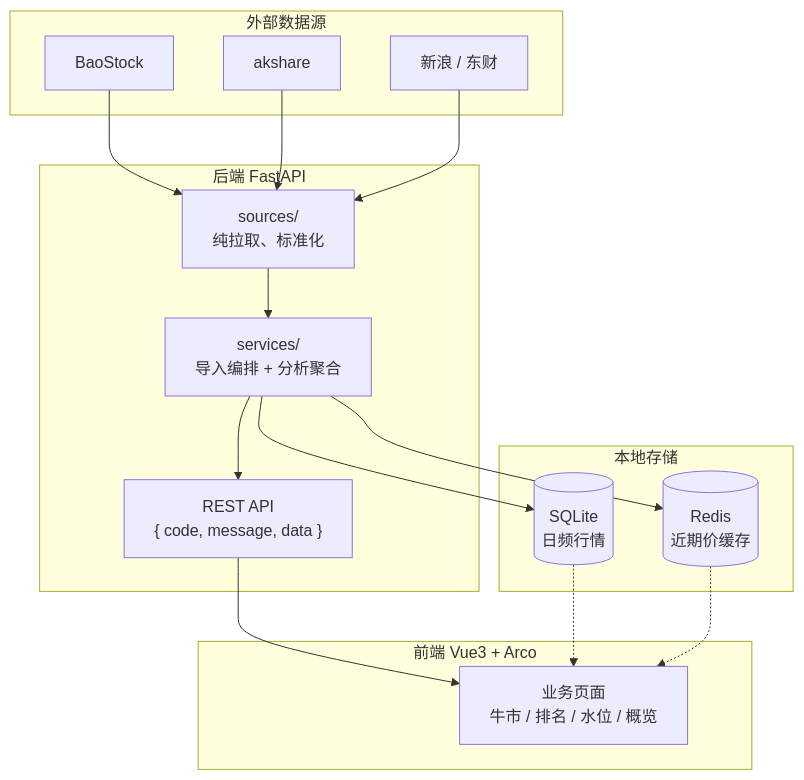
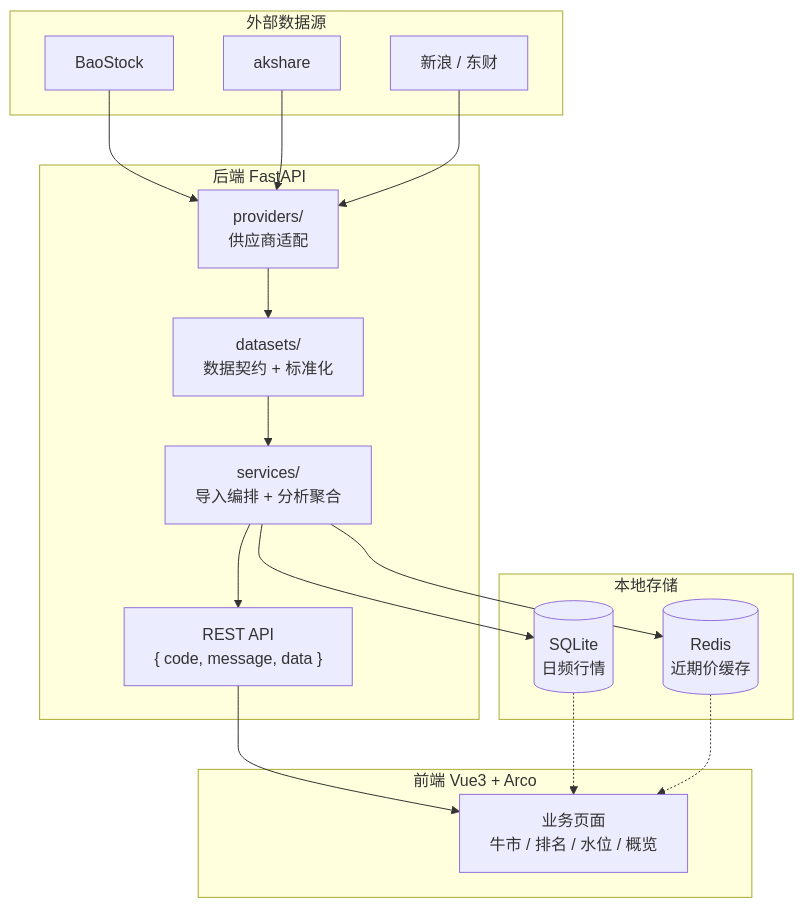
The diagram in README.md (gunerguner/Astock), drawn with Mermaid before and after one commit. The commit also changed 88 other files, not shown here.

````diff
--- a/README.md
+++ b/README.md
@@ -31,34 +31,36 @@
 ```mermaid
 flowchart TB
   subgraph sources["外部数据源"]
     bao["BaoStock"]
     ak["akshare"]
     web["新浪 / 东财"]
   end
 
   subgraph backend["后端 FastAPI"]
-    src["sources/<br/>纯拉取、标准化"]
+    providers["providers/<br/>供应商适配"]
+    datasets["datasets/<br/>数据契约 + 标准化"]
     svc["services/<br/>导入编排 + 分析聚合"]
     api["REST API<br/>{ code, message, data }"]
   end
 
   subgraph store["本地存储"]
     sqlite[("SQLite<br/>日频行情")]
     redis[("Redis<br/>近期价缓存")]
   end
 
   subgraph frontend["前端 Vue3 + Arco"]
     pages["业务页面<br/>牛市 / 排名 / 水位 / 概览"]
   end
 
-  bao --> src
-  ak --> src
-  web --> src
-  src --> svc
+  bao --> providers
+  ak --> providers
+  web --> providers
+  providers --> datasets
+  datasets --> svc
   svc --> sqlite
   svc --> redis
   svc --> api
   api --> pages
   sqlite -.-> pages
   redis -.-> pages
 ```
````
